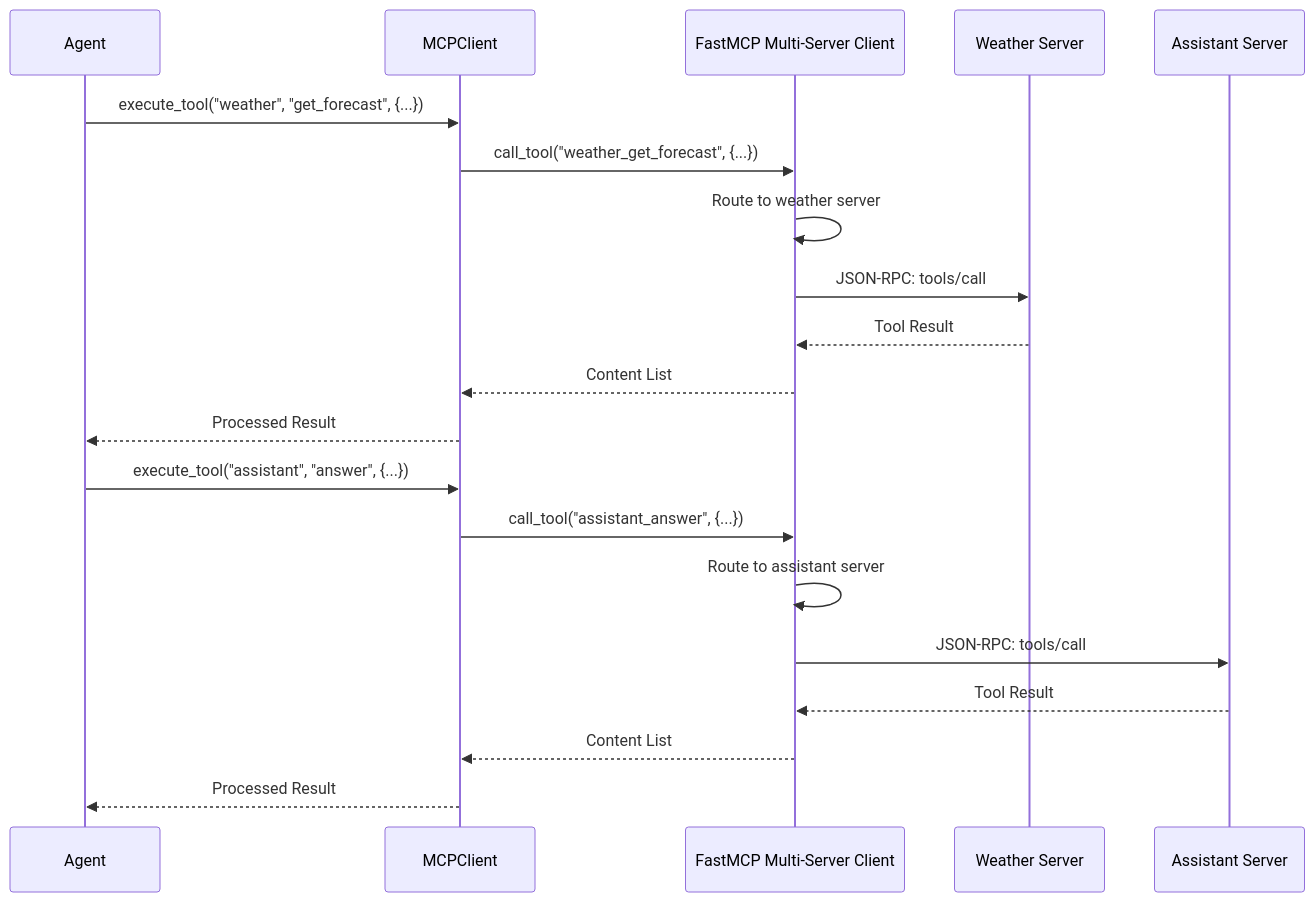
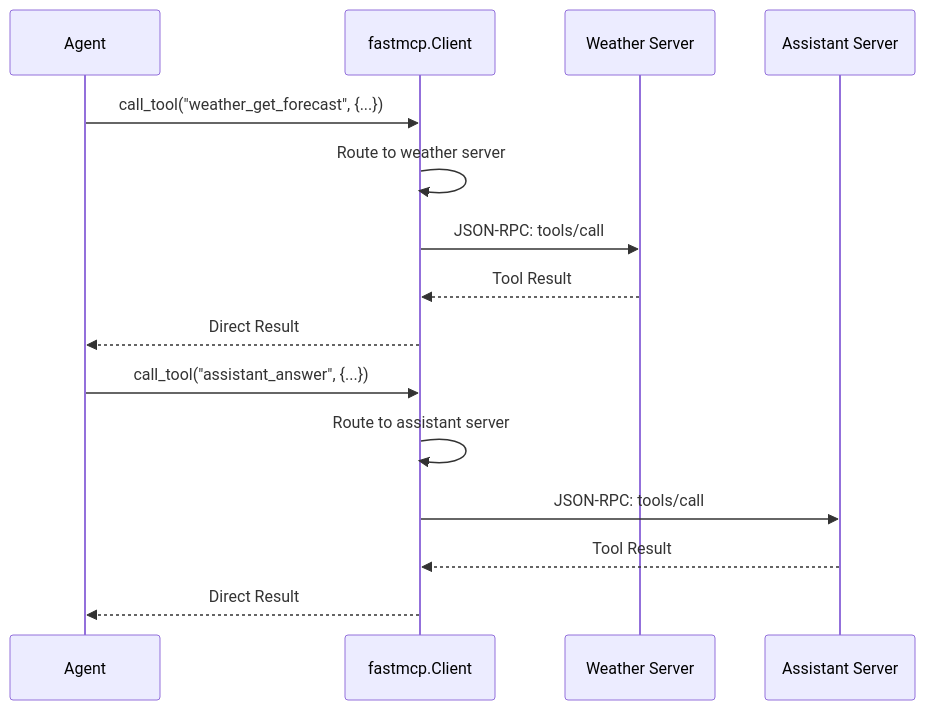
Before and after one commit to yuanying/ygents: the second of 2 diagrams in design/mcp-client.md, drawn with Mermaid. The commit also changed other lines of this file and 10 other files, not shown here.

````diff
--- a/design/mcp-client.md
+++ b/design/mcp-client.md
@@ -172,24 +239,19 @@
 ```mermaid
 sequenceDiagram
     participant A as Agent
-    participant C as MCPClient
-    participant F as FastMCP Multi-Server Client
+    participant F as fastmcp.Client
     participant W as Weather Server
     participant AS as Assistant Server
     
-    A->>C: execute_tool("weather", "get_forecast", {...})
-    C->>F: call_tool("weather_get_forecast", {...})
+    A->>F: call_tool("weather_get_forecast", {...})
     F->>F: Route to weather server
     F->>W: JSON-RPC: tools/call
     W-->>F: Tool Result
-    F-->>C: Content List
-    C-->>A: Processed Result
+    F-->>A: Direct Result
     
-    A->>C: execute_tool("assistant", "answer", {...})
-    C->>F: call_tool("assistant_answer", {...})
+    A->>F: call_tool("assistant_answer", {...})
     F->>F: Route to assistant server
     F->>AS: JSON-RPC: tools/call
     AS-->>F: Tool Result
-    F-->>C: Content List
-    C-->>A: Processed Result
+    F-->>A: Direct Result
 ```
````
